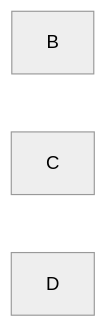
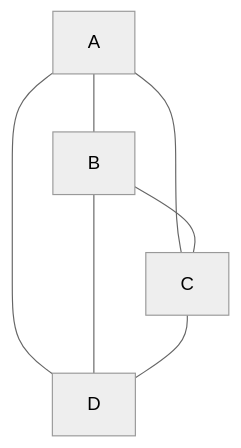
One commit to MassariFilippo/Appunti changed the third of 12 diagrams in MarkDown/RicercaOperativa.md. Above: the diagram before and after it, drawn with Mermaid (neutral theme). The commit also changed other lines of this file and 2 other files, not shown here.

````diff
--- a/MarkDown/RicercaOperativa.md
+++ b/MarkDown/RicercaOperativa.md
@@ -990,7 +1082,9 @@
 ```mermaid
-  graph LR
-       B
-       C
-       D
-       D
+  graph TD
+    A --- B
+    A --- C
+    A --- D
+    B --- C
+    B --- D
+    C --- D
 ```
````
